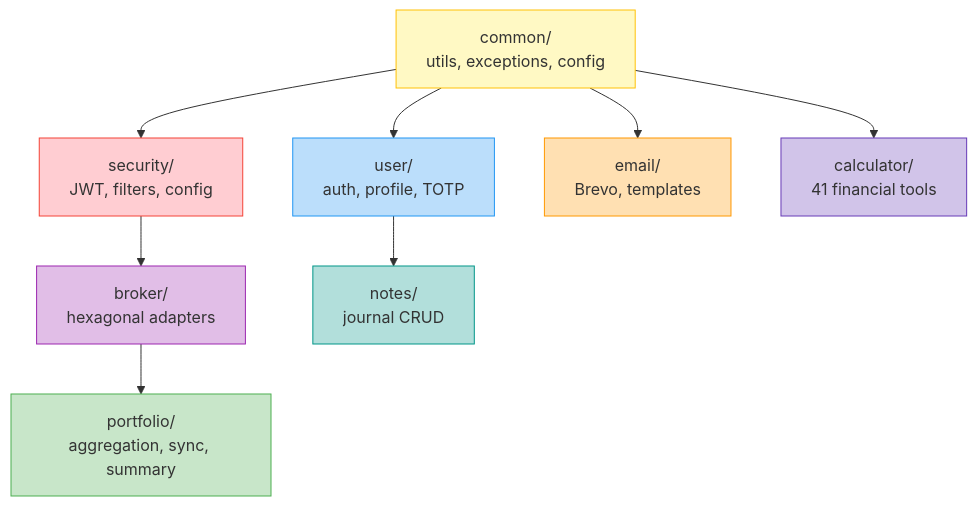
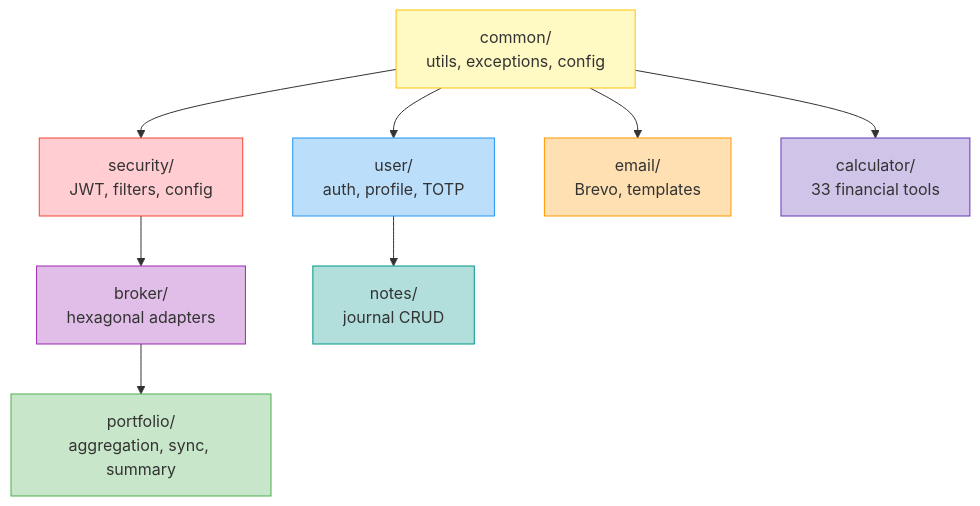
Before and after one commit to urvagandhi/coinTrack: the second of 12 diagrams in README.md, drawn with Mermaid. The commit also changed other lines of this file and 35 other files, not shown here.

````diff
--- a/README.md
+++ b/README.md
@@ -131,23 +131,23 @@
 ```mermaid
 graph TD
     COMMON["common/<br/>utils, exceptions, config"]
 
     COMMON --> SECURITY["security/<br/>JWT, filters, config"]
     COMMON --> USER["user/<br/>auth, profile, TOTP"]
     COMMON --> EMAIL["email/<br/>Brevo, templates"]
-    COMMON --> CALC["calculator/<br/>41 financial tools"]
+    COMMON --> CALC["calculator/<br/>33 financial tools"]
 
     SECURITY --> BROKER["broker/<br/>hexagonal adapters"]
     USER --> NOTES["notes/<br/>journal CRUD"]
 
     BROKER --> PORTFOLIO["portfolio/<br/>aggregation, sync, summary"]
 
     style COMMON fill:#fff9c4,stroke:#FFC107
     style SECURITY fill:#ffcdd2,stroke:#F44336
     style BROKER fill:#e1bee7,stroke:#9C27B0
     style PORTFOLIO fill:#c8e6c9,stroke:#4CAF50
     style USER fill:#bbdefb,stroke:#2196F3
     style EMAIL fill:#ffe0b2,stroke:#FF9800
     style CALC fill:#d1c4e9,stroke:#673AB7
     style NOTES fill:#b2dfdb,stroke:#009688
 ```
````
